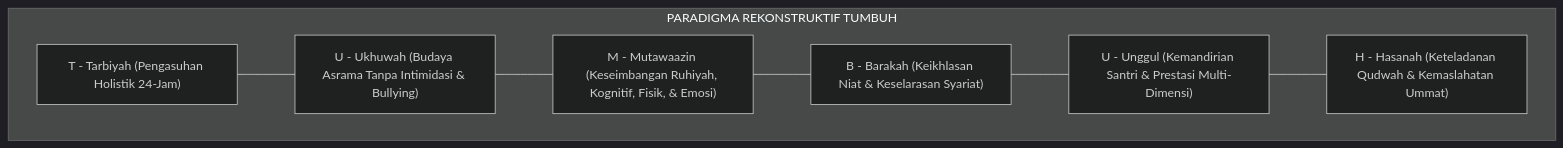
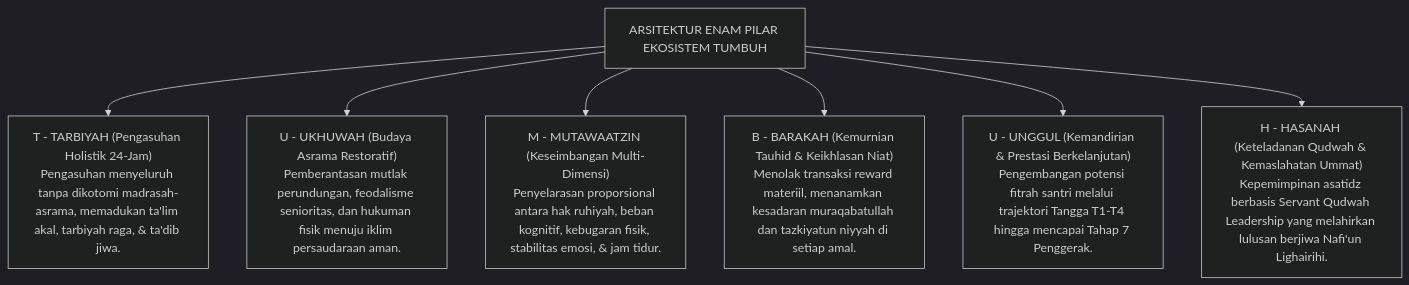
Before and after one commit to wandiapriliyandi/tumbuh: the second of 3 diagrams in BOOK-SERIES/Volume-01/Bab-01-Krisis-Karakter-dan-Urgensi-Rekonstruksi/05-Urgensi-Rekonstruksi-Paradigma-Menuju-TUMBUH.md, drawn with Mermaid (dark theme). The commit also changed other lines of this file and 4 other files, not shown here.

````diff
--- a/BOOK-SERIES/Volume-01/Bab-01-Krisis-Karakter-dan-Urgensi-Rekonstruksi/05-Urgensi-Rekonstruksi-Paradigma-Menuju-TUMBUH.md
+++ b/BOOK-SERIES/Volume-01/Bab-01-Krisis-Karakter-dan-Urgensi-Rekonstruksi/05-Urgensi-Rekonstruksi-Paradigma-Menuju-TUMBUH.md
@@ -13,13 +35,16 @@
 ```mermaid
 graph TD
-    subgraph Rekonstruksi["PARADIGMA REKONSTRUKTIF TUMBUH"]
-        T["T - Tarbiyah (Pengasuhan Holistik 24-Jam)"]
-        U["U - Ukhuwah (Budaya Asrama Tanpa Intimidasi & Bullying)"]
-        M["M - Mutawaazin (Keseimbangan Ruhiyah, Kognitif, Fisik, & Emosi)"]
-        B["B - Barakah (Keikhlasan Niat & Keselarasan Syariat)"]
-        Un["U - Unggul (Kemandirian Santri & Prestasi Multi-Dimensi)"]
-        H["H - Hasanah (Keteladanan Qudwah & Kemaslahatan Ummat)"]
-        
-        T --- U --- M --- B --- Un --- H
-    end
+    Root["ARSITEKTUR ENAM PILAR EKOSISTEM TUMBUH"]
+    
+    Root --> T["T - TARBIYAH (Pengasuhan Holistik 24-Jam)<br/>Pengasuhan menyeluruh tanpa dikotomi madrasah-asrama, memadukan ta'lim akal, tarbiyah raga, & ta'dib jiwa."]
+    
+    Root --> U["U - UKHUWAH (Budaya Asrama Restoratif)<br/>Pemberantasan mutlak perundungan, feodalisme senioritas, dan hukuman fisik menuju iklim persaudaraan aman."]
+    
+    Root --> M["M - MUTAWAATZIN (Keseimbangan Multi-Dimensi)<br/>Penyelarasan proporsional antara hak ruhiyah, beban kognitif, kebugaran fisik, stabilitas emosi, & jam tidur."]
+    
+    Root --> B["B - BARAKAH (Kemurnian Tauhid & Keikhlasan Niat)<br/>Menolak transaksi reward materiil, menanamkan kesadaran muraqabatullah dan tazkiyatun niyyah di setiap amal."]
+    
+    Root --> Un["U - UNGGUL (Kemandirian & Prestasi Berkelanjutan)<br/>Pengembangan potensi fitrah santri melalui trajektori Tangga T1-T4 hingga mencapai Tahap 7 Penggerak."]
+    
+    Root --> H["H - HASANAH (Keteladanan Qudwah & Kemaslahatan Ummat)<br/>Kepemimpinan asatidz berbasis Servant Qudwah Leadership yang melahirkan lulusan berjiwa Nafi'un Lighairihi."]
 ```
````
